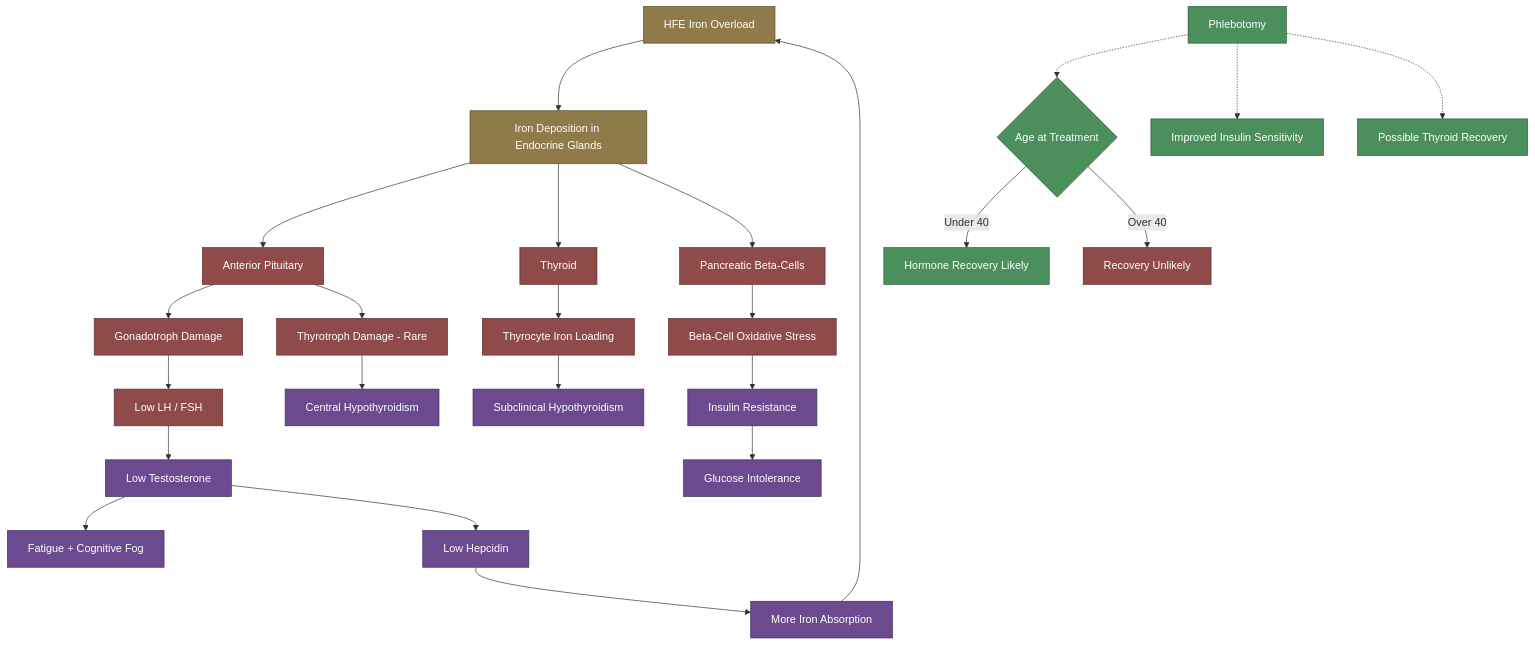
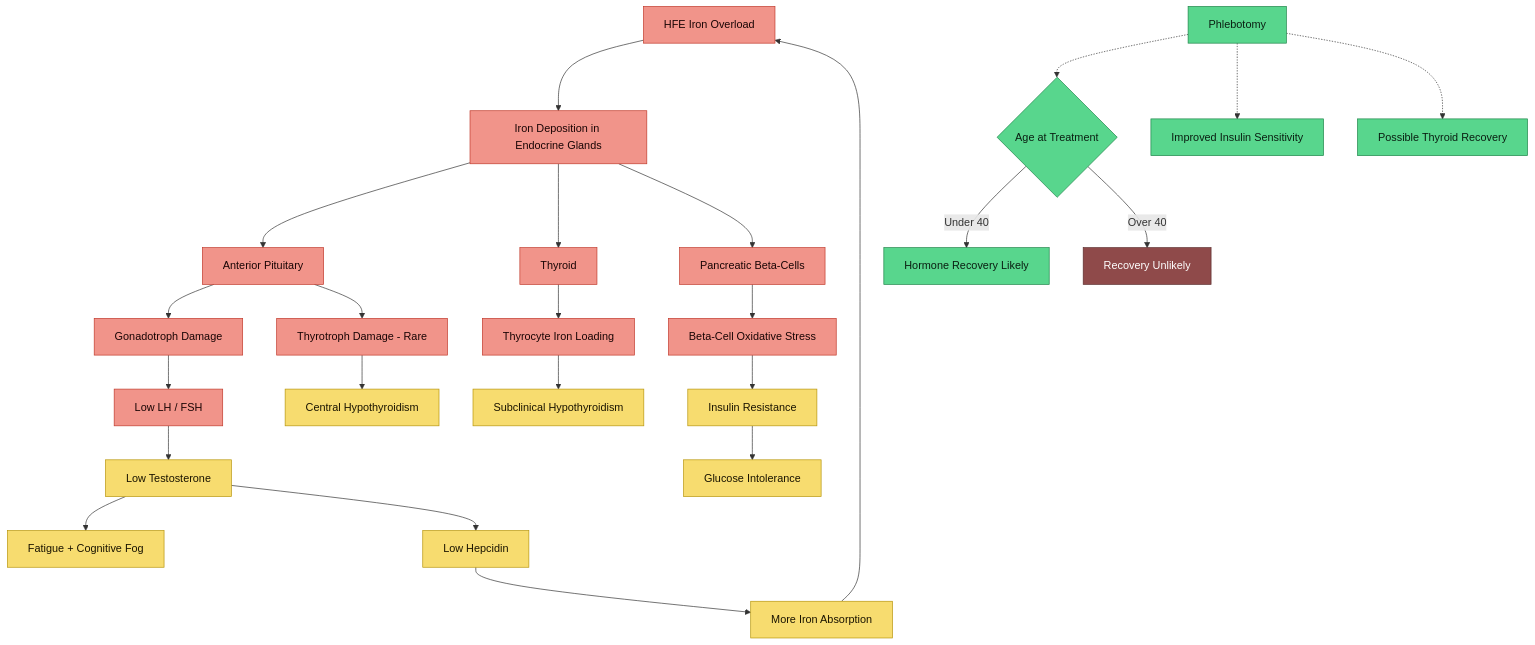
Before and after one commit to Aegis-commits/ag-hfe-adhd-asd-research: the diagram in research/Endocrine Effects of HFE Iron Overload.md, drawn with Mermaid. The commit also changed 39 other files, not shown here.

First line of the commit message:
docs(vault): standardise diagram colours for light-mode readability, add MOC quick nav

````diff
--- a/research/Endocrine Effects of HFE Iron Overload.md
+++ b/research/Endocrine Effects of HFE Iron Overload.md
@@ -43,45 +43,45 @@
 ```mermaid
 flowchart TD
     A[HFE Iron Overload] --> B[Iron Deposition in Endocrine Glands]
 
     B --> C[Anterior Pituitary]
     B --> D[Thyroid]
     B --> E[Pancreatic Beta-Cells]
 
     C --> F[Gonadotroph Damage]
     F --> G[Low LH / FSH]
     G --> H[Low Testosterone]
     H --> I[Fatigue + Cognitive Fog]
 
     C --> J[Thyrotroph Damage - Rare]
     J --> K[Central Hypothyroidism]
 
     D --> L[Thyrocyte Iron Loading]
     L --> M[Subclinical Hypothyroidism]
 
     E --> N[Beta-Cell Oxidative Stress]
     N --> O[Insulin Resistance]
     O --> P[Glucose Intolerance]
 
     H --> Q[Low Hepcidin]
     Q --> R[More Iron Absorption]
     R --> A
 
     S[Phlebotomy] -.-> T{Age at Treatment}
     T -->|Under 40| U[Hormone Recovery Likely]
     T -->|Over 40| V[Recovery Unlikely]
     S -.-> W[Improved Insulin Sensitivity]
     S -.-> X[Possible Thyroid Recovery]
 
-    classDef iron fill:#8f7a4a,stroke:#5c4f2d,color:#fff
-    classDef damage fill:#8f4a4a,stroke:#5c2d2d,color:#fff
-    classDef outcome fill:#6b4a8f,stroke:#3f2d5c,color:#fff
-    classDef protect fill:#4a8f5c,stroke:#2d5c3f,color:#fff
+    classDef iron fill:#f1948a,stroke:#c0392b,color:#1a0505
+    classDef damage fill:#f1948a,stroke:#c0392b,color:#1a0505
+    classDef outcome fill:#f7dc6f,stroke:#b7950b,color:#1a1400
+    classDef protect fill:#58d68d,stroke:#1e8449,color:#0a1f12
     classDef warn fill:#8f4a4a,stroke:#5c2d2d,color:#fff
 
     class A,B iron
     class C,D,E,F,G,J,L,N damage
     class H,I,K,M,O,P,Q,R outcome
     class S,T,U,W,X protect
     class V warn
 ```
````
